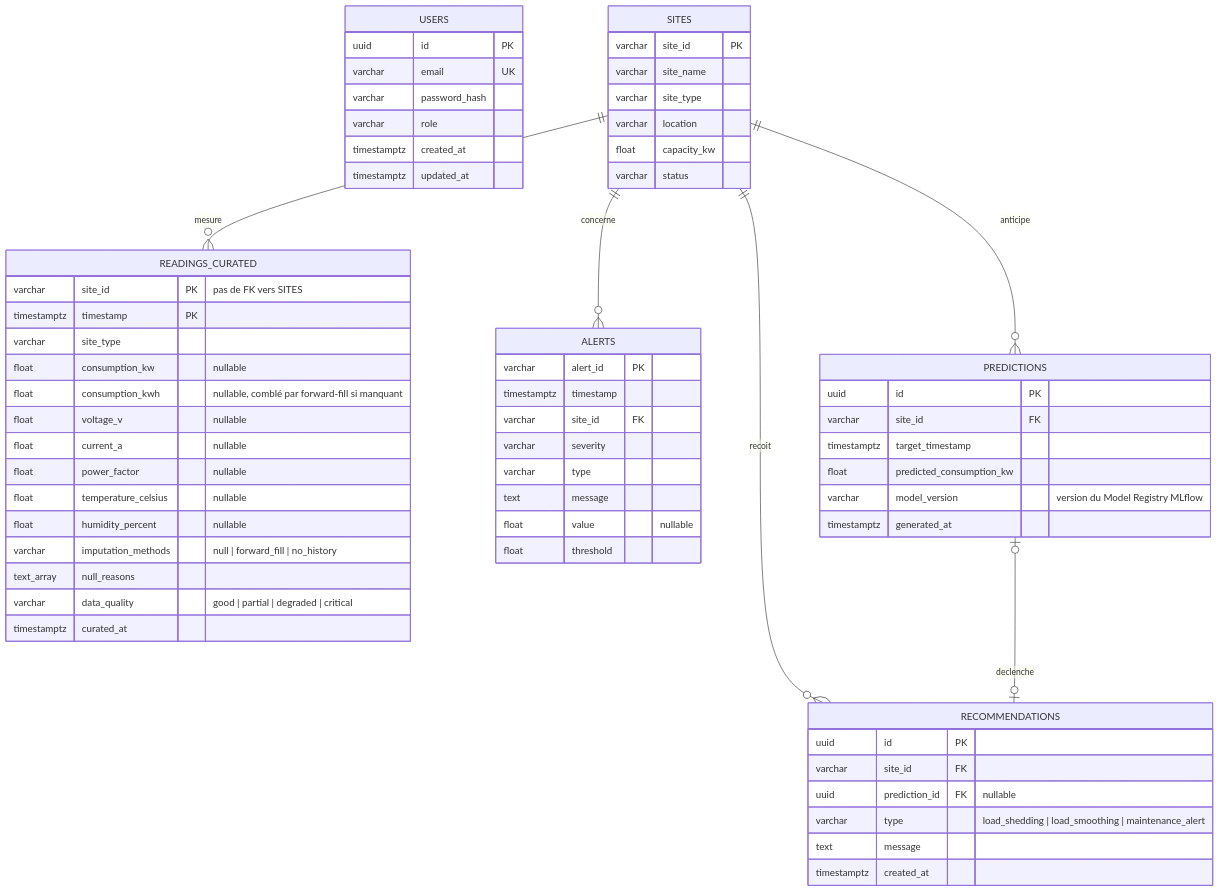
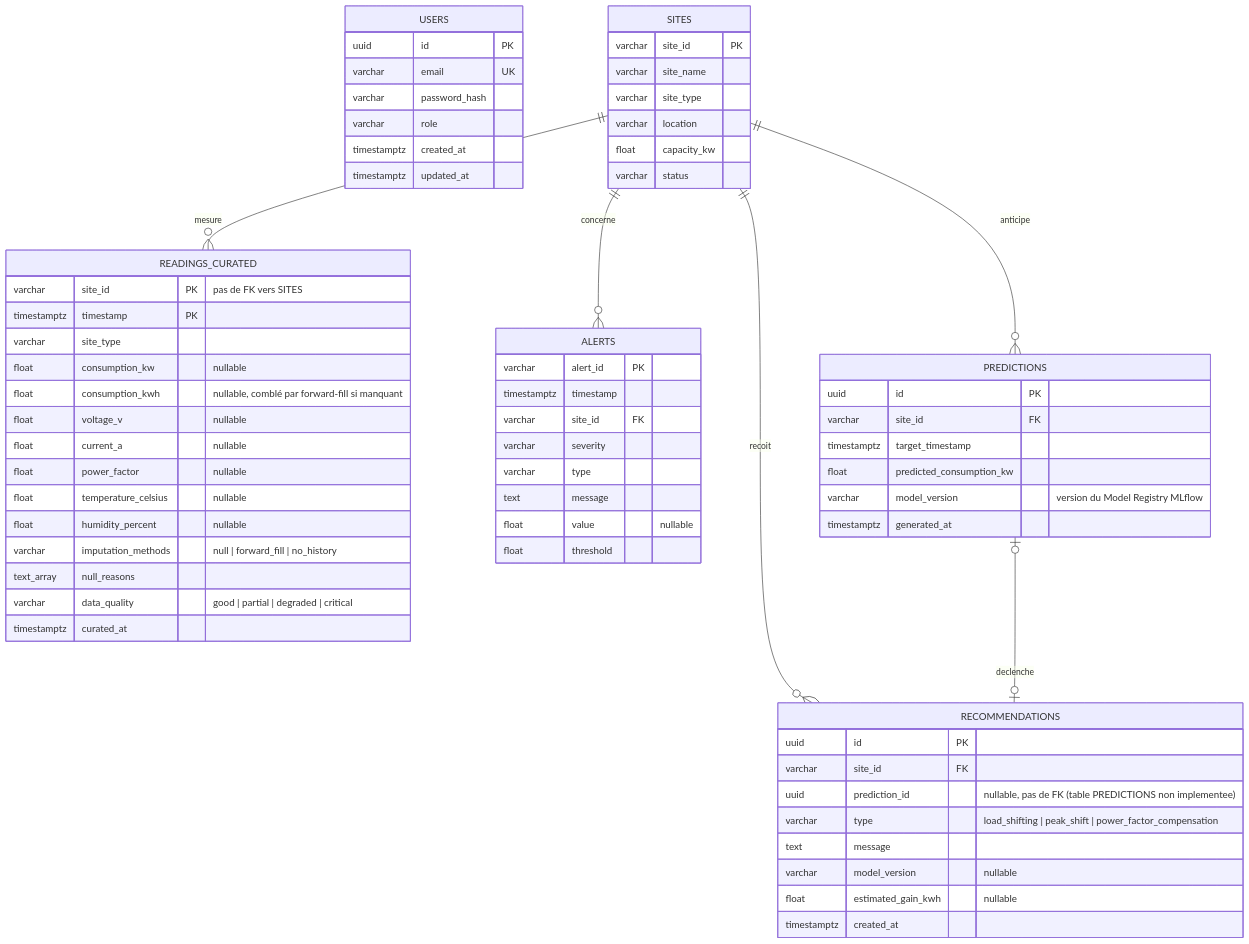
The diagram in docs/archi_database.md (PetitPingu/EnerVision), drawn with Mermaid before and after one commit. The commit also changed other lines of this file and 27 other files, not shown here.

````diff
--- a/docs/archi_database.md
+++ b/docs/archi_database.md
@@ -27,72 +27,74 @@
 ```mermaid
 erDiagram
     USERS {
         uuid id PK
         varchar email UK
         varchar password_hash
         varchar role
         timestamptz created_at
         timestamptz updated_at
     }
 
     SITES {
         varchar site_id PK
         varchar site_name
         varchar site_type
         varchar location
         float capacity_kw
         varchar status
     }
 
     READINGS_CURATED {
         varchar site_id PK "pas de FK vers SITES"
         timestamptz timestamp PK
         varchar site_type
         float consumption_kw "nullable"
         float consumption_kwh "nullable, comblé par forward-fill si manquant"
         float voltage_v "nullable"
         float current_a "nullable"
         float power_factor "nullable"
         float temperature_celsius "nullable"
         float humidity_percent "nullable"
         varchar imputation_methods "null | forward_fill | no_history"
         text_array null_reasons
         varchar data_quality "good | partial | degraded | critical"
         timestamptz curated_at
     }
 
     ALERTS {
         varchar alert_id PK
         timestamptz timestamp
         varchar site_id FK
         varchar severity
         varchar type
         text message
         float value "nullable"
         float threshold
     }
 
     PREDICTIONS {
         uuid id PK
         varchar site_id FK
         timestamptz target_timestamp
         float predicted_consumption_kw
         varchar model_version "version du Model Registry MLflow"
         timestamptz generated_at
     }
 
     RECOMMENDATIONS {
         uuid id PK
         varchar site_id FK
-        uuid prediction_id FK "nullable"
-        varchar type "load_shedding | load_smoothing | maintenance_alert"
+        uuid prediction_id "nullable, pas de FK (table PREDICTIONS non implementee)"
+        varchar type "load_shifting | peak_shift | power_factor_compensation"
         text message
+        varchar model_version "nullable"
+        float estimated_gain_kwh "nullable"
         timestamptz created_at
     }
 
     SITES ||--o{ READINGS_CURATED : "mesure"
     SITES ||--o{ ALERTS : "concerne"
     SITES ||--o{ PREDICTIONS : "anticipe"
     SITES ||--o{ RECOMMENDATIONS : "recoit"
     PREDICTIONS |o--o| RECOMMENDATIONS : "declenche"
 ```
````
